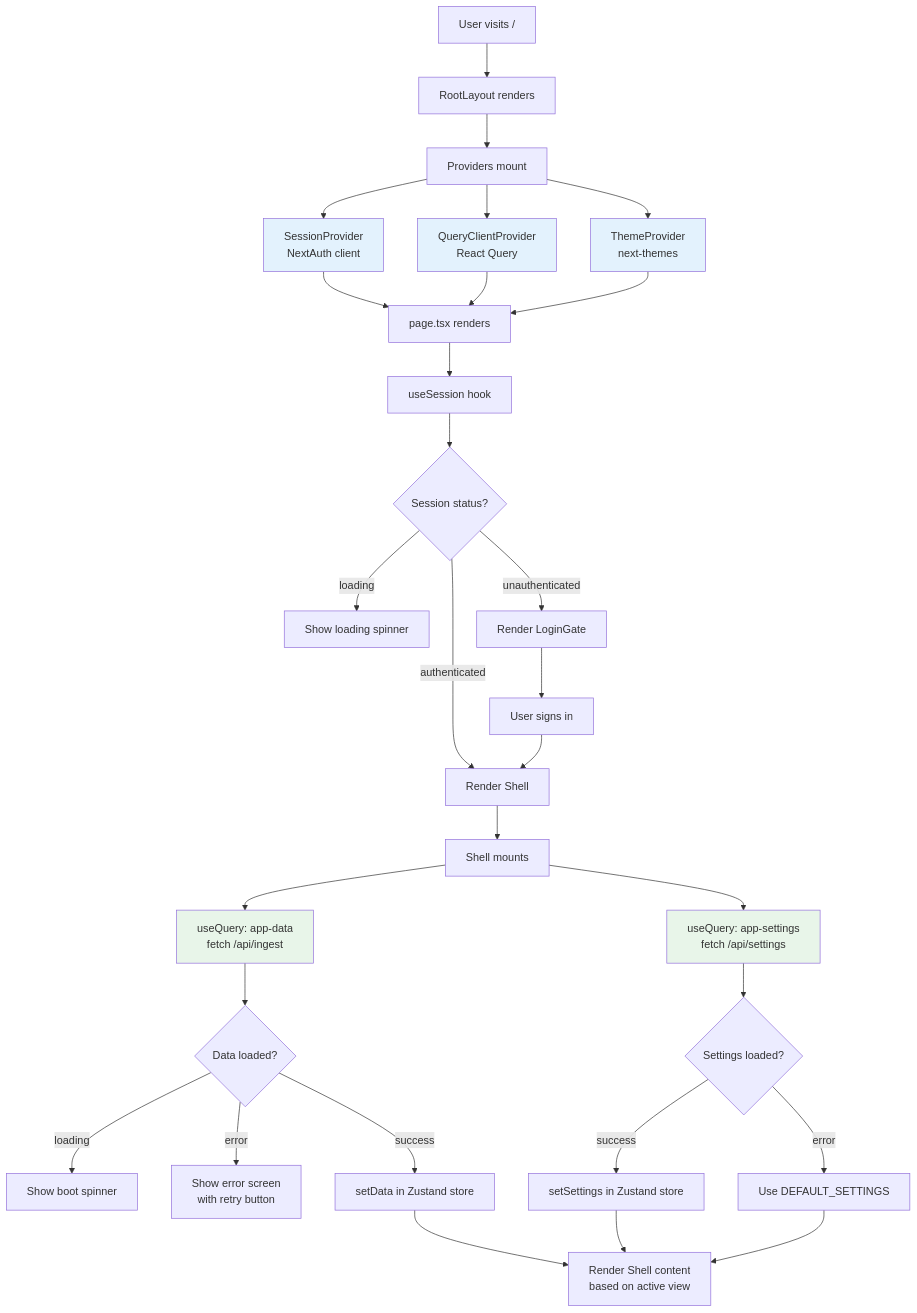
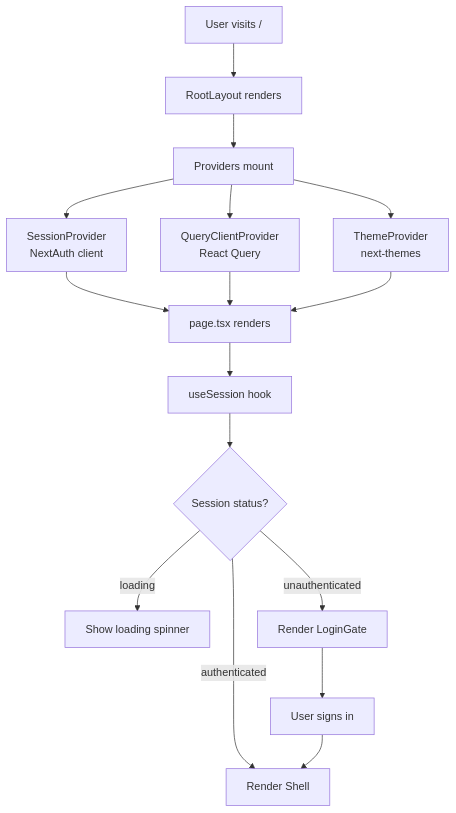
Before and after one commit to rmn2178/TENTACLE: diagram 16 of 26 in README.md, drawn with Mermaid. The commit also changed other lines of this file and 14 other files, not shown here.

````diff
--- a/README.md
+++ b/README.md
@@ -984,37 +1049,18 @@
 ```mermaid
 flowchart TD
     A[User visits /] --> B[RootLayout renders]
     B --> C[Providers mount]
     C --> C1[SessionProvider<br/>NextAuth client]
     C --> C2[QueryClientProvider<br/>React Query]
     C --> C3[ThemeProvider<br/>next-themes]
     C1 --> D[page.tsx renders]
     C2 --> D
     C3 --> D
     D --> E[useSession hook]
     E --> F{Session status?}
     F -- loading --> F1[Show loading spinner]
     F -- unauthenticated --> F2[Render LoginGate]
     F -- authenticated --> F3[Render Shell]
     F2 --> G[User signs in]
     G --> F3
-    F3 --> H[Shell mounts]
-    H --> H1[useQuery: app-data<br/>fetch /api/ingest]
-    H --> H2[useQuery: app-settings<br/>fetch /api/settings]
-    H1 --> I{Data loaded?}
-    I -- loading --> I1[Show boot spinner]
-    I -- error --> I2[Show error screen<br/>with retry button]
-    I -- success --> I3[setData in Zustand store]
-    H2 --> J{Settings loaded?}
-    J -- success --> J1[setSettings in Zustand store]
-    J -- error --> J2[Use DEFAULT_SETTINGS]
-    I3 --> K[Render Shell content<br/>based on active view]
-    J1 --> K
-    J2 --> K
-
-    style C1 fill:#e3f2fd
-    style C2 fill:#e3f2fd
-    style C3 fill:#e3f2fd
-    style H1 fill:#e8f5e9
-    style H2 fill:#e8f5e9
 ```
````
